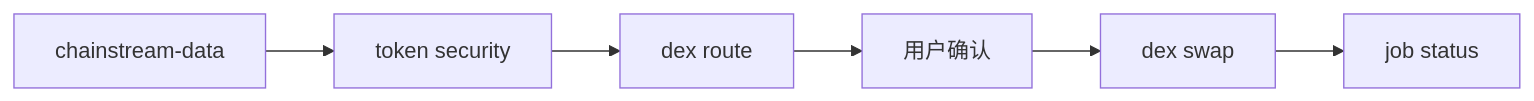
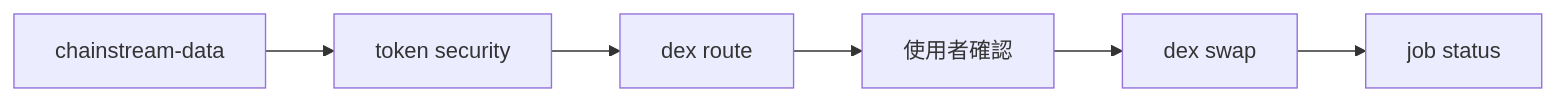
Before and after one commit to chainstream-io/docs: the second of 2 diagrams in zh-Hant/docs/ai-agents/agent-skills/chainstream-defi.mdx, drawn with Mermaid. The commit also changed other lines of this file and 551 other files, not shown here.

````diff
--- a/zh-Hant/docs/ai-agents/agent-skills/chainstream-defi.mdx
+++ b/zh-Hant/docs/ai-agents/agent-skills/chainstream-defi.mdx
@@ -175,8 +175,8 @@
 ```mermaid
 graph LR
   Research["chainstream-data"] --> Security["token security"]
   Security --> Quote["dex route"]
-  Quote --> Confirm["用户确认"]
+  Quote --> Confirm["使用者確認"]
   Confirm --> Swap["dex swap"]
   Swap --> Monitor["job status"]
 ```
````
